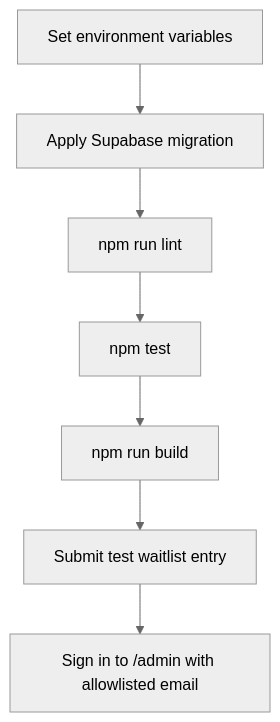
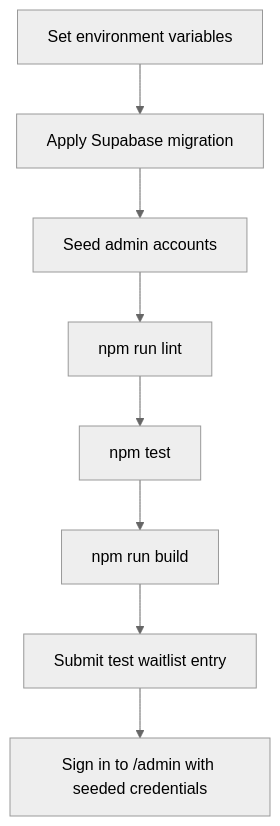
One commit to KipianiNikoloz/FoodLoop changed the diagram in docs/operations.md. Above: the diagram before and after it, drawn with Mermaid (neutral theme). The commit also changed other lines of this file and 19 other files, not shown here.

Commit message:
readjusted to a normal seeded admin login due to magic link free tier restrictions on supabase

````diff
--- a/docs/operations.md
+++ b/docs/operations.md
@@ -50,17 +34,19 @@
 ```mermaid
 flowchart TD
   Env[Set environment variables]
   Migration[Apply Supabase migration]
+  Seed[Seed admin accounts]
   Typecheck[npm run lint]
   Tests[npm test]
   Build[npm run build]
   Smoke[Submit test waitlist entry]
-  AdminSmoke[Sign in to /admin with allowlisted email]
+  AdminSmoke[Sign in to /admin with seeded credentials]
 
   Env --> Migration
-  Migration --> Typecheck
+  Migration --> Seed
+  Seed --> Typecheck
   Typecheck --> Tests
   Tests --> Build
   Build --> Smoke
   Smoke --> AdminSmoke
 ```
````
